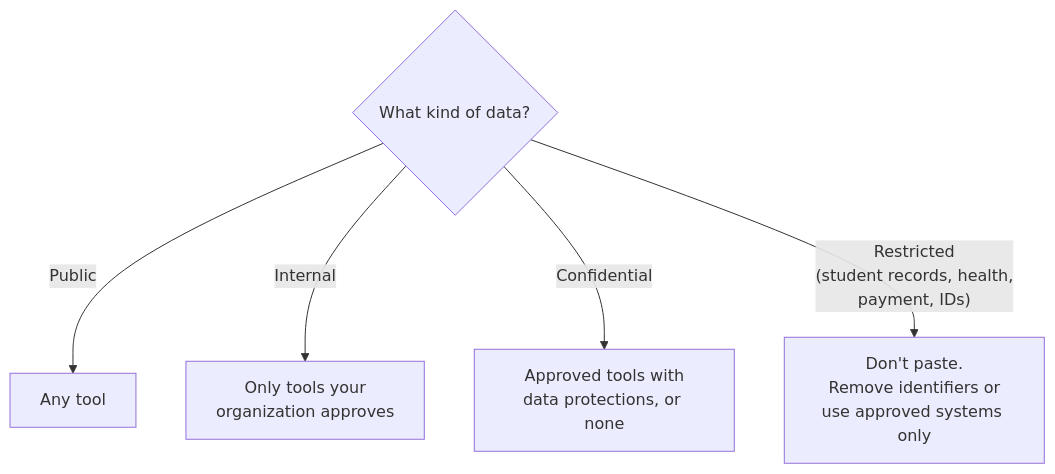
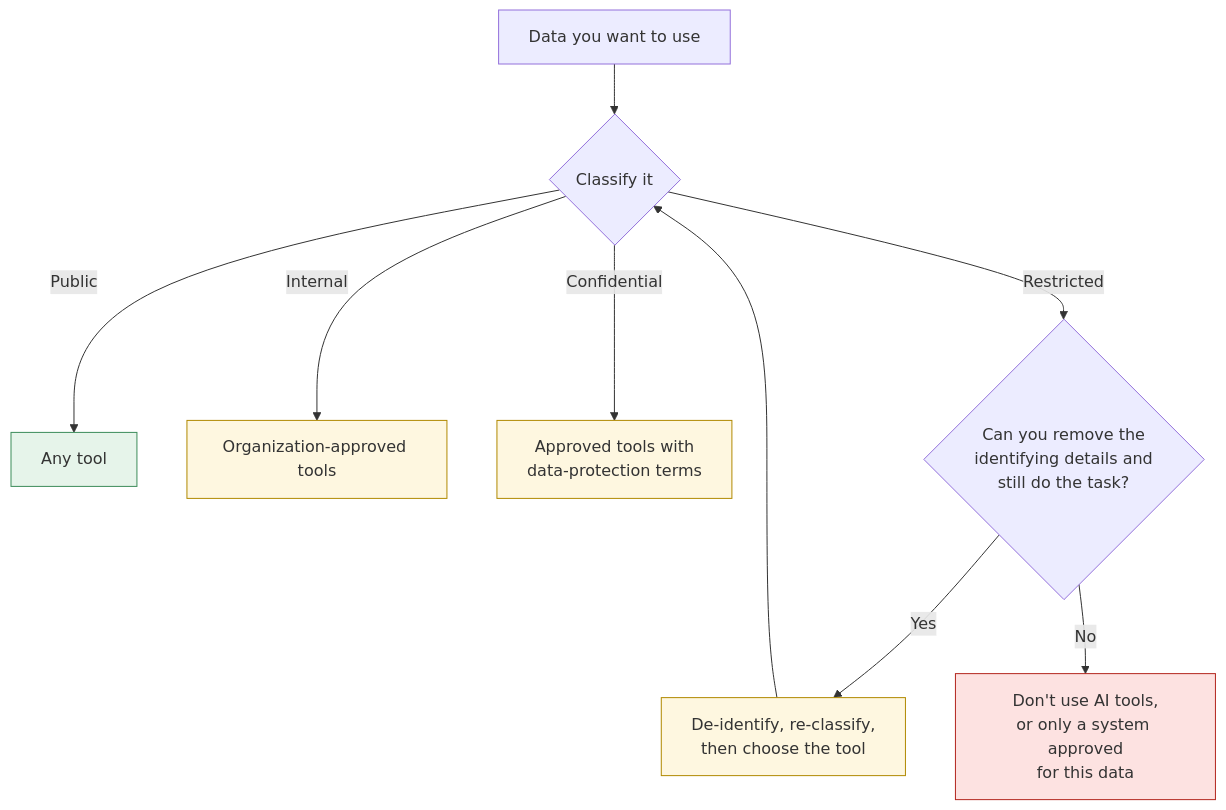
Before and after one commit to clarkngo/applied-ai-field-guide: the first of 2 diagrams in docs/foundations/data-classification.md, drawn with Mermaid. The commit also changed other lines of this file and 4 other files, not shown here.

````diff
--- a/docs/foundations/data-classification.md
+++ b/docs/foundations/data-classification.md
@@ -34,7 +56,17 @@
 ```mermaid
 flowchart TD
-  A{"What kind of data?"} -->|Public| T1["Any tool"]
-  A -->|Internal| T2["Only tools your<br/>organization approves"]
-  A -->|Confidential| T3["Approved tools with<br/>data protections, or none"]
-  A -->|"Restricted<br/>(student records, health,<br/>payment, IDs)"| T4["Don't paste.<br/>Remove identifiers or<br/>use approved systems only"]
+  A["Data you want to use"] --> B{"Classify it"}
+  B -->|Public| T1["Any tool"]
+  B -->|Internal| T2["Organization-approved tools"]
+  B -->|Confidential| T3["Approved tools with<br/>data-protection terms"]
+  B -->|Restricted| C{"Can you remove the<br/>identifying details and<br/>still do the task?"}
+  C -->|Yes| D["De-identify, re-classify,<br/>then choose the tool"]
+  C -->|No| E["Don't use AI tools,<br/>or only a system approved<br/>for this data"]
+  D --> B
+  classDef ok fill:#e6f4ea,stroke:#3c8c5a;
+  classDef care fill:#fef7e0,stroke:#b08900;
+  classDef stop fill:#fde2e1,stroke:#b3261e;
+  class T1 ok;
+  class T2,T3,D care;
+  class E stop;
 ```
````
